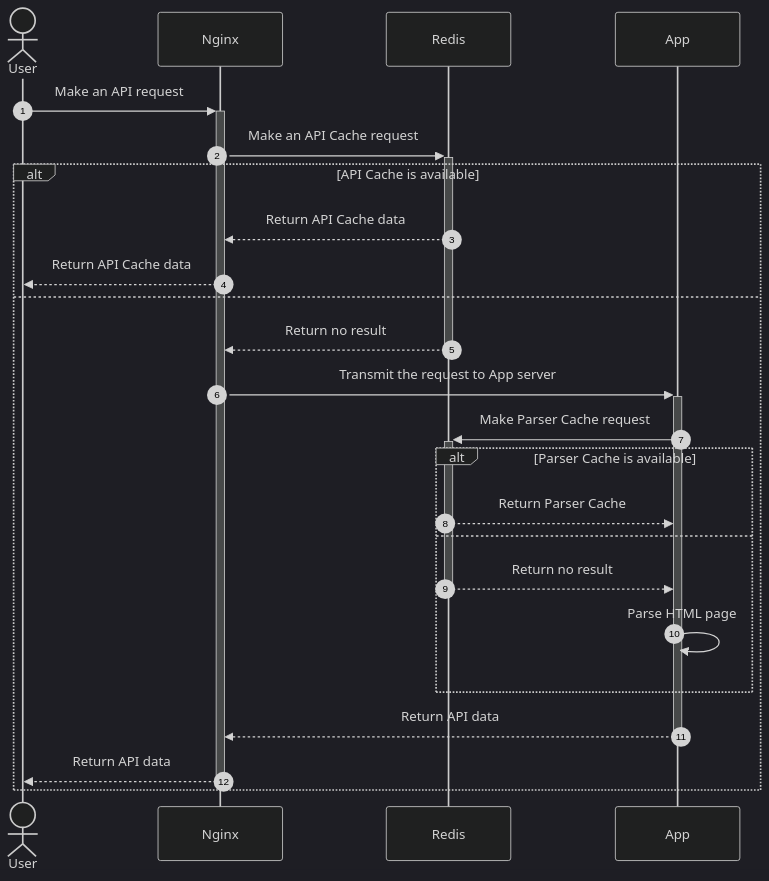
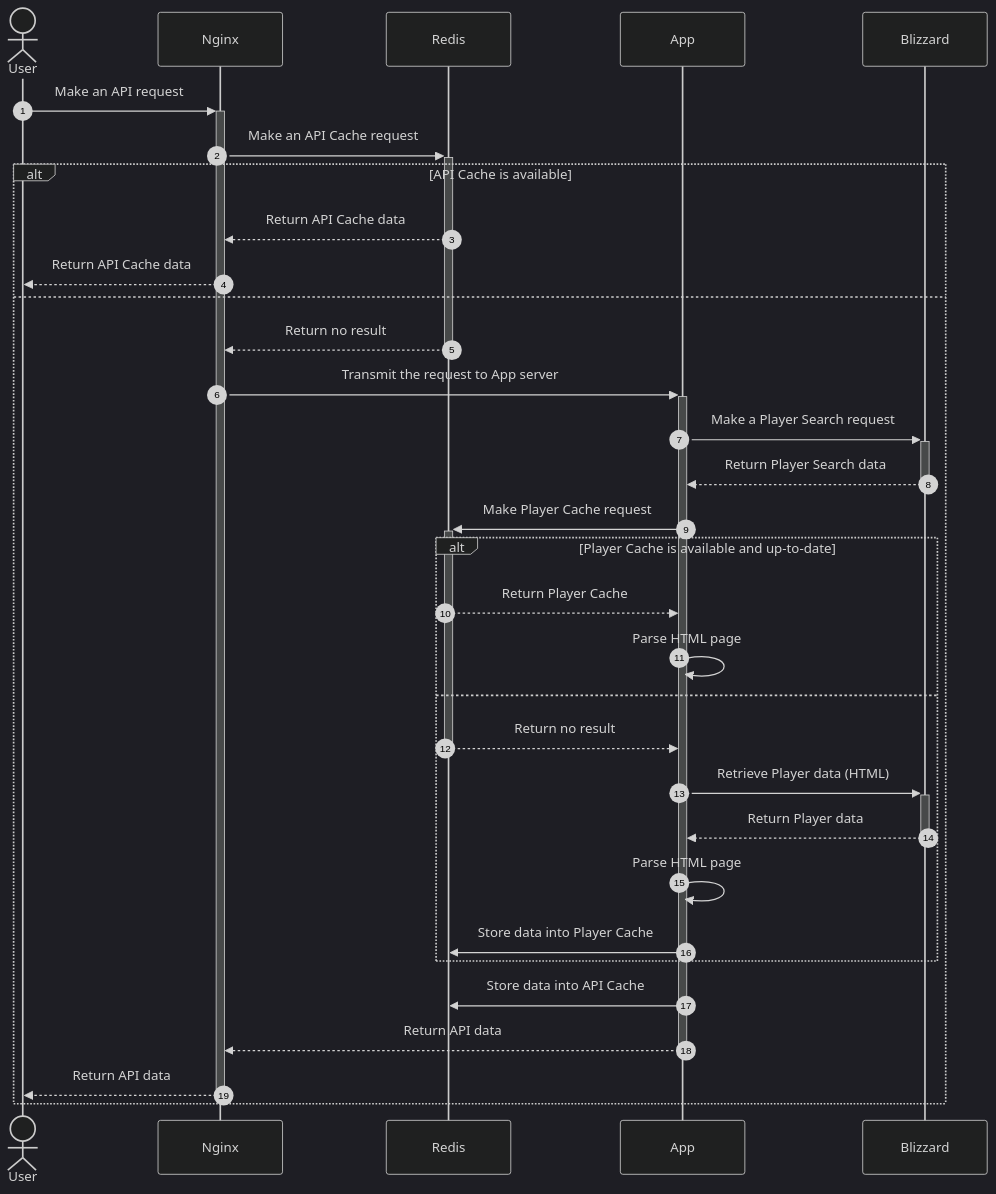
Before and after one commit to TeKrop/overfast-api: the second of 2 diagrams in README.md, drawn with Mermaid (dark theme). The commit also changed other lines of this file and 220 other files, not shown here.

````diff
--- a/README.md
+++ b/README.md
@@ -138,27 +160,35 @@
 ```mermaid
 sequenceDiagram
     autonumber
     actor User
     participant Nginx
     participant Redis
     participant App
+    participant Blizzard
     User->>+Nginx: Make an API request
     Nginx->>+Redis: Make an API Cache request
     alt API Cache is available
         Redis-->>Nginx: Return API Cache data
         Nginx-->>User: Return API Cache data
     else
         Redis-->>-Nginx: Return no result
         Nginx->>+App: Transmit the request to App server
-        App->>+Redis: Make Parser Cache request
-        alt Parser Cache is available
-            Redis-->>App: Return Parser Cache
+        App->>+Blizzard: Make a Player Search request
+        Blizzard-->>-App: Return Player Search data
+        App->>+Redis: Make Player Cache request
+        alt Player Cache is available and up-to-date
+            Redis-->>App: Return Player Cache
+            App->>App: Parse HTML page
         else
             Redis-->>-App: Return no result
+            App->>+Blizzard: Retrieve Player data (HTML)
+            Blizzard-->>-App: Return Player data
             App->>App: Parse HTML page
+            App->>Redis: Store data into Player Cache
         end
+        App->>Redis: Store data into API Cache
         App-->>-Nginx: Return API data
         Nginx-->>-User: Return API data
     end
 
 ```
````
